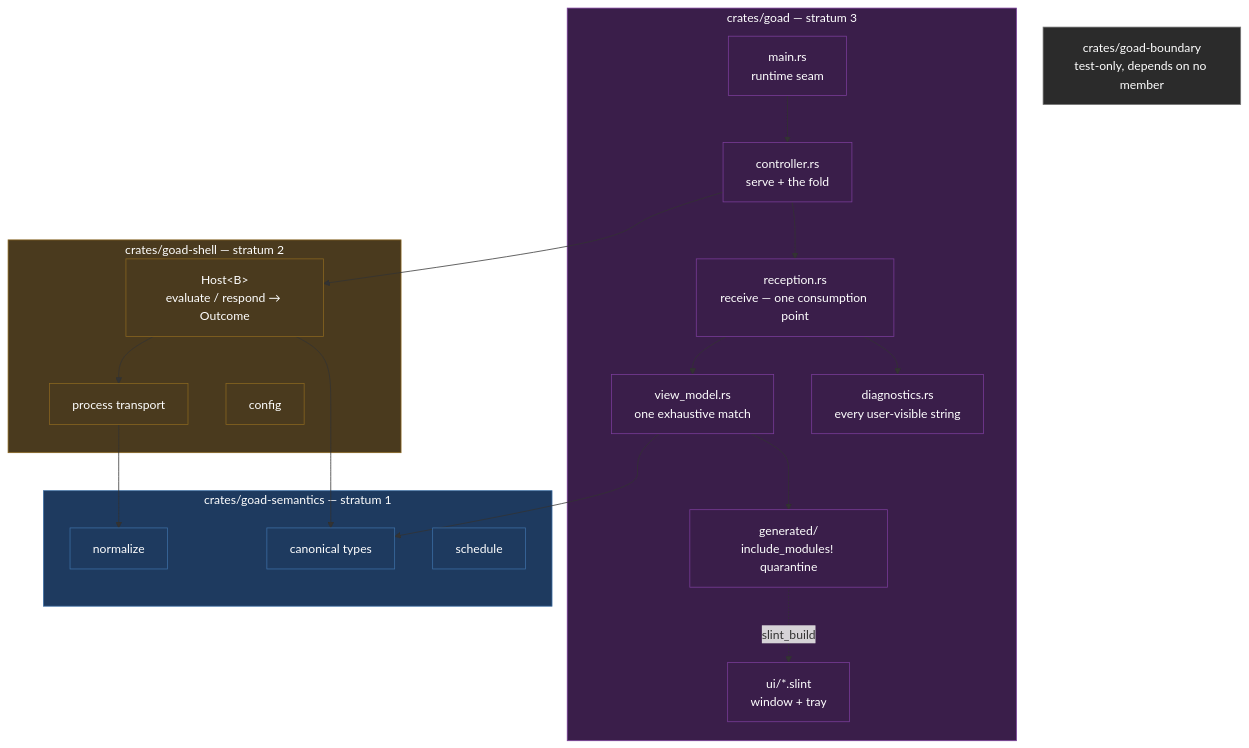
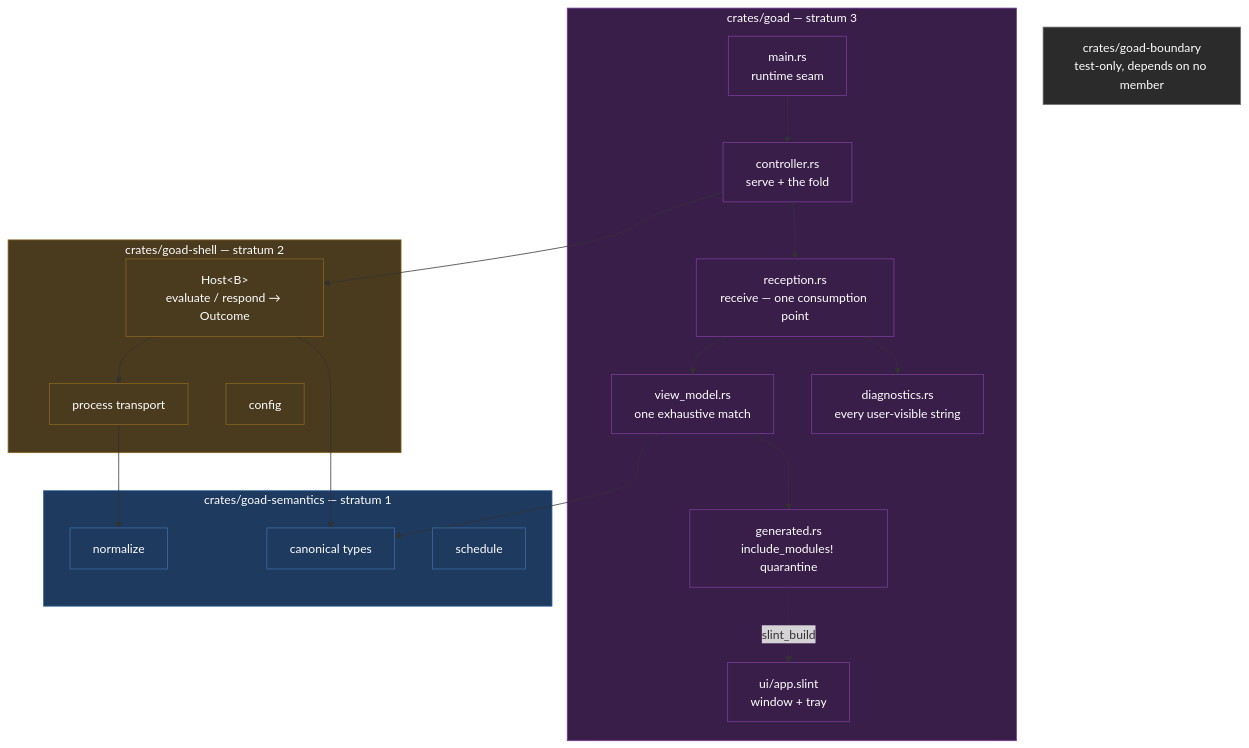
One commit to davidlee/goad changed the first of 3 diagrams in docs/slices/002/design.md. Above: the diagram before and after it, drawn with Mermaid. The commit also changed other lines of this file and 6 other files, not shown here.

````diff
--- a/docs/slices/002/design.md
+++ b/docs/slices/002/design.md
@@ -147,44 +147,44 @@
 ```mermaid
 graph TD
   subgraph s3["crates/goad — stratum 3"]
     MAIN["main.rs<br/>runtime seam"]
     CTL["controller.rs<br/>serve + the fold"]
     RCV["reception.rs<br/>receive — one consumption point"]
     MAP["view_model.rs<br/>one exhaustive match"]
     DIAG["diagnostics.rs<br/>every user-visible string"]
-    GEN["generated/<br/>include_modules! quarantine"]
-    UI["ui/*.slint<br/>window + tray"]
+    GEN["generated.rs<br/>include_modules! quarantine"]
+    UI["ui/app.slint<br/>window + tray"]
   end
   subgraph s2["crates/goad-shell — stratum 2"]
     HOST["Host&lt;B&gt;<br/>evaluate / respond → Outcome"]
     TRANS["process transport"]
     CFG["config"]
   end
   subgraph s1["crates/goad-semantics — stratum 1"]
     CANON["canonical types"]
     NORM["normalize"]
     SCHED["schedule"]
   end
   BND["crates/goad-boundary<br/>test-only, depends on no member"]
 
   MAIN --> CTL
   CTL --> HOST
   CTL --> RCV
   RCV --> MAP
   RCV --> DIAG
   MAP --> CANON
   MAP --> GEN
   GEN -.->|slint_build| UI
   HOST --> TRANS
   HOST --> CANON
   TRANS --> NORM
 
   classDef pure fill:#1e3a5f,stroke:#3d6fa5,color:#fff
   classDef impure fill:#4a3a1e,stroke:#8a6620,color:#fff
   classDef view fill:#3a1e4a,stroke:#7a3d9a,color:#fff
   classDef check fill:#2b2b2b,stroke:#777,color:#fff
   class s1,CANON,NORM,SCHED pure
   class s2,HOST,TRANS,CFG impure
   class s3,MAIN,CTL,RCV,MAP,DIAG,GEN,UI view
   class BND check
 ```
````
